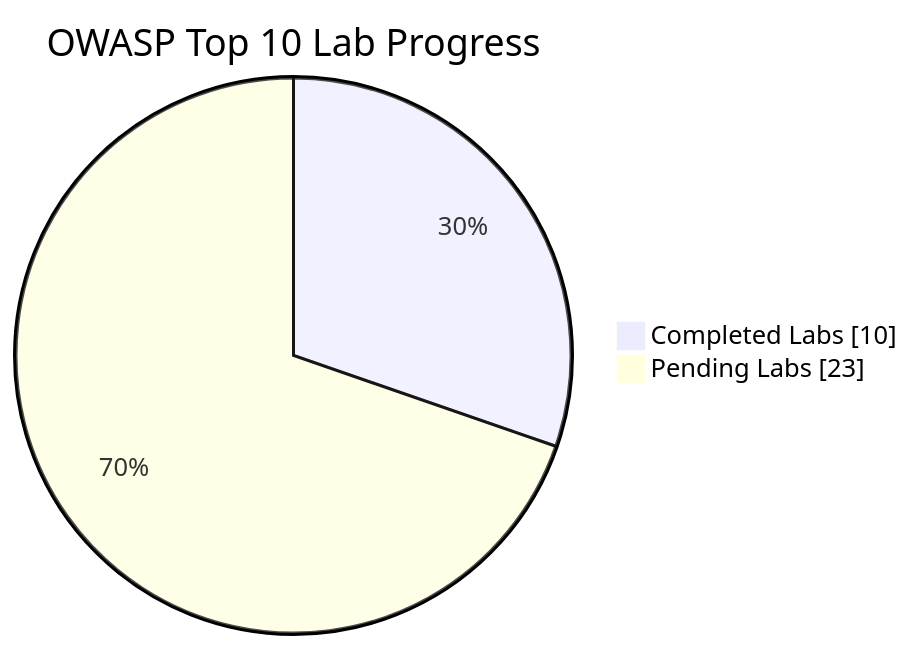
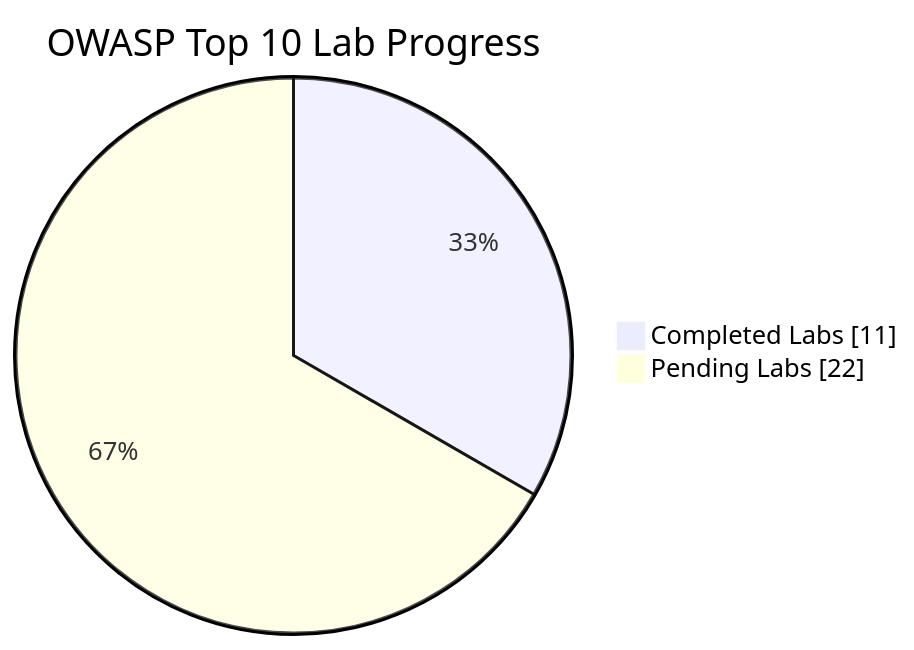
Before and after one commit to Nish344/owasp-top10-web-security: the diagram in README.md, drawn with Mermaid. The commit also changed other lines of this file and 1 other file, not shown here.

````diff
--- a/README.md
+++ b/README.md
@@ -12,6 +12,6 @@
 ```mermaid
 pie showData
   title OWASP Top 10 Lab Progress
-  "Completed Labs" : 10
-  "Pending Labs" : 23
+  "Completed Labs" : 11
+  "Pending Labs" : 22
 ```
````
